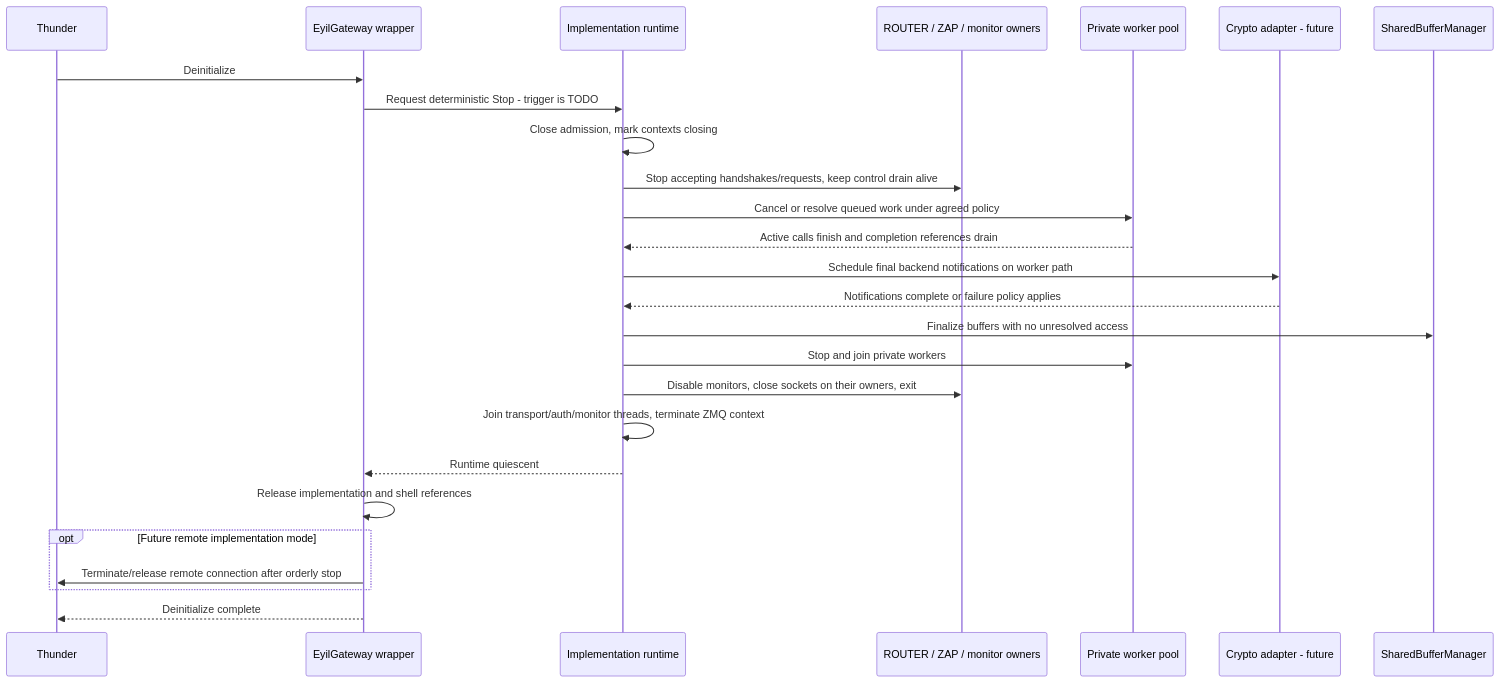
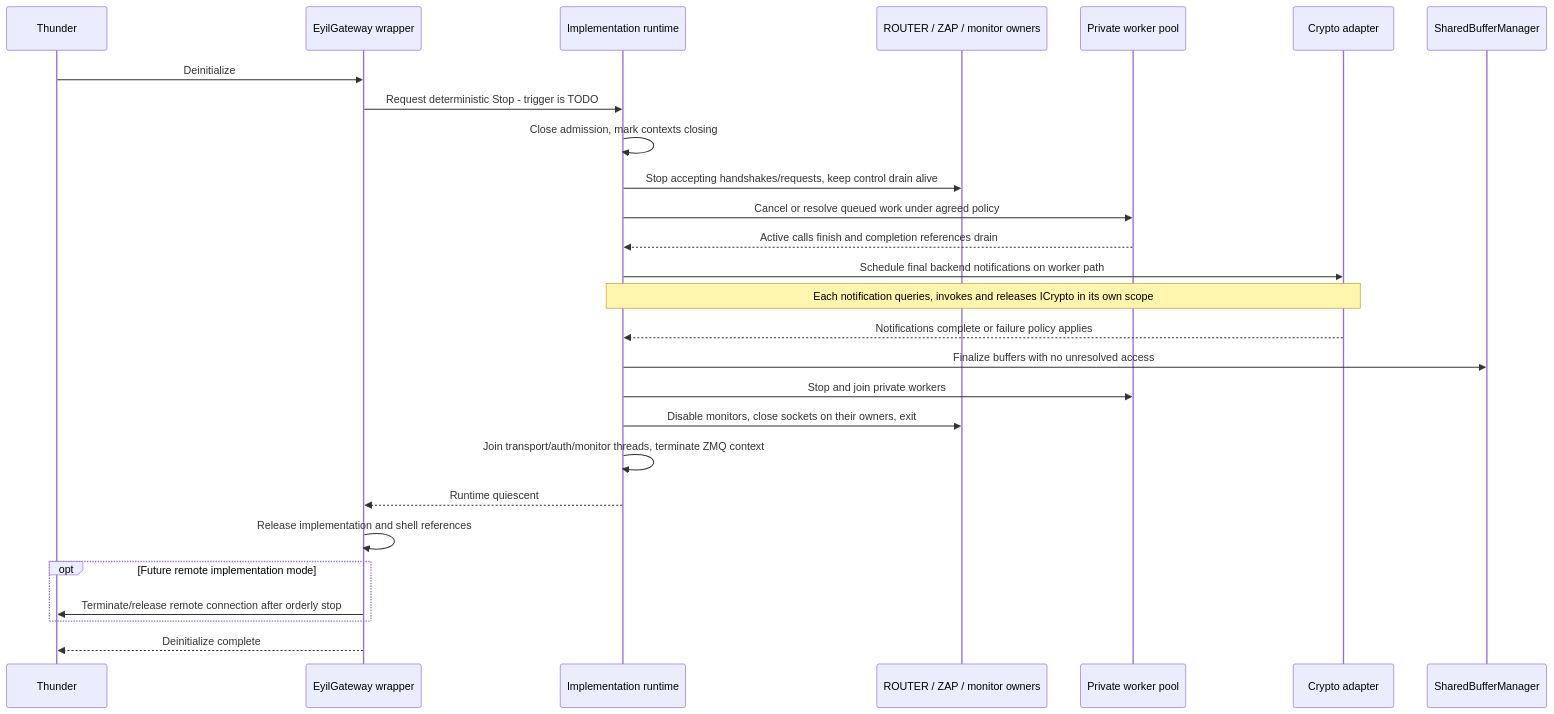
One commit to rdkcentral/eyil-secure-gateway changed diagram 30 of 30 in doc/EyilSecureGateway.md. Above: the diagram before and after it, drawn with Mermaid. The commit also changed other lines of this file, not shown here.

````diff
--- a/doc/EyilSecureGateway.md
+++ b/doc/EyilSecureGateway.md
@@ -3074,28 +3281,29 @@
 ```mermaid
 sequenceDiagram
     participant T as Thunder
     participant P as EyilGateway wrapper
     participant I as Implementation runtime
     participant R as ROUTER / ZAP / monitor owners
     participant W as Private worker pool
-    participant C as Crypto adapter - future
+    participant C as Crypto adapter
     participant B as SharedBufferManager
     T->>P: Deinitialize
     P->>I: Request deterministic Stop - trigger is TODO
     I->>I: Close admission, mark contexts closing
     I->>R: Stop accepting handshakes/requests, keep control drain alive
     I->>W: Cancel or resolve queued work under agreed policy
     W-->>I: Active calls finish and completion references drain
     I->>C: Schedule final backend notifications on worker path
+    Note over I,C: Each notification queries, invokes and releases ICrypto in its own scope
     C-->>I: Notifications complete or failure policy applies
     I->>B: Finalize buffers with no unresolved access
     I->>W: Stop and join private workers
     I->>R: Disable monitors, close sockets on their owners, exit
     I->>I: Join transport/auth/monitor threads, terminate ZMQ context
     I-->>P: Runtime quiescent
     P->>P: Release implementation and shell references
     opt Future remote implementation mode
         P->>T: Terminate/release remote connection after orderly stop
     end
     P-->>T: Deinitialize complete
 ```
````
